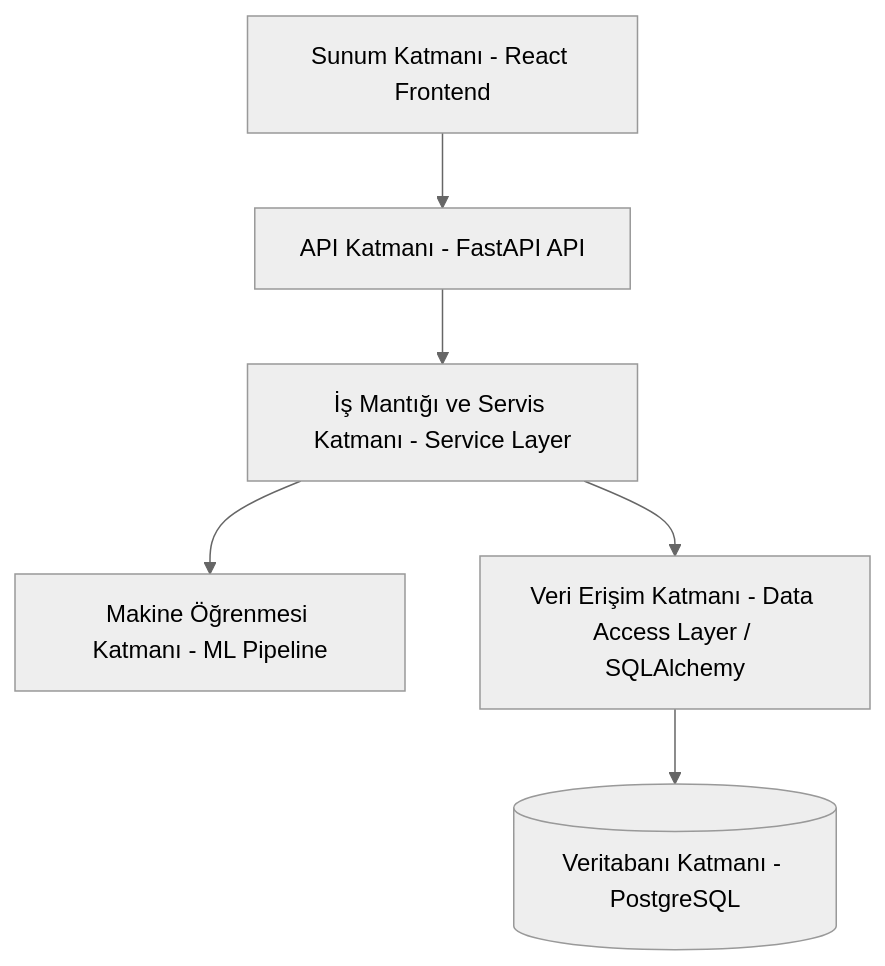
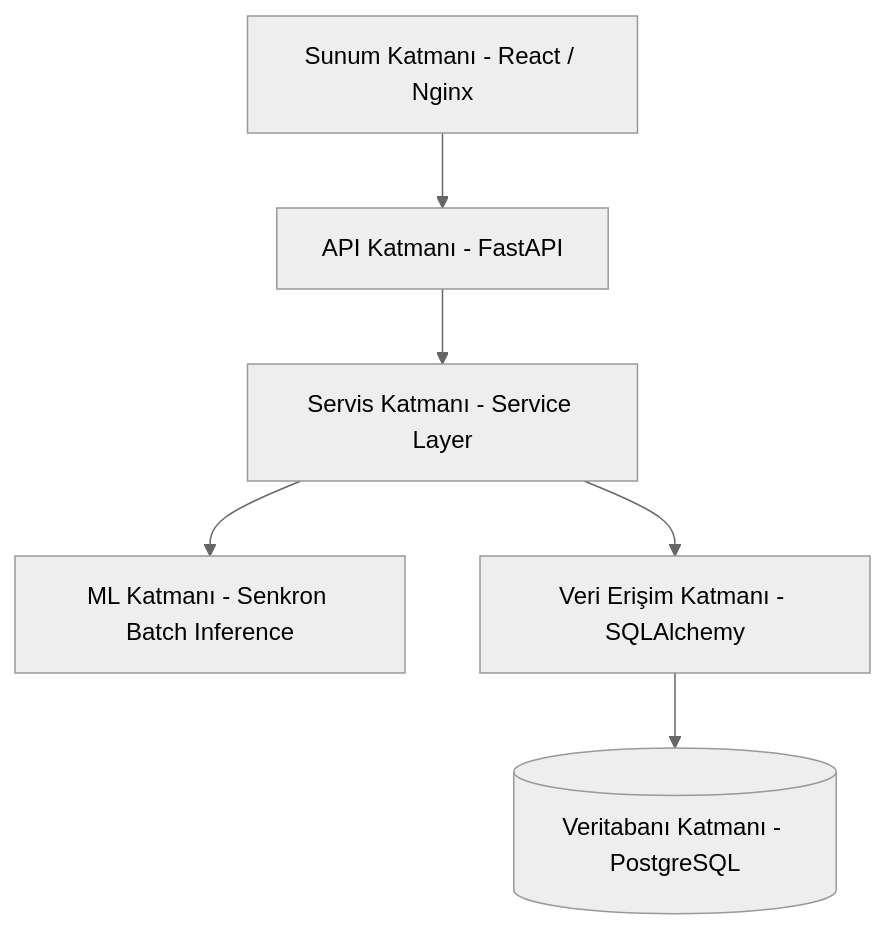
Before and after one commit to mustafaemre027/securewatch-ai: the first of 3 diagrams in docs/architecture/05-system-architecture.md, drawn with Mermaid (neutral theme). The commit also changed other lines of this file and 2 other files, not shown here.

Commit message:
docs(architecture): align final system documentation

````diff
--- a/docs/architecture/05-system-architecture.md
+++ b/docs/architecture/05-system-architecture.md
@@ -11,8 +10,8 @@
 ```mermaid
 flowchart TD
-    FE[Sunum Katmanı - React Frontend] --> BE[API Katmanı - FastAPI API]
-    BE --> SVC[İş Mantığı ve Servis Katmanı - Service Layer]
-    SVC --> ML[Makine Öğrenmesi Katmanı - ML Pipeline]
-    SVC --> DA[Veri Erişim Katmanı - Data Access Layer / SQLAlchemy]
+    FE[Sunum Katmanı - React / Nginx] --> BE[API Katmanı - FastAPI]
+    BE --> SVC[Servis Katmanı - Service Layer]
+    SVC --> ML[ML Katmanı - Senkron Batch Inference]
+    SVC --> DA[Veri Erişim Katmanı - SQLAlchemy]
     DA --> DB[(Veritabanı Katmanı - PostgreSQL)]
 ```
````
